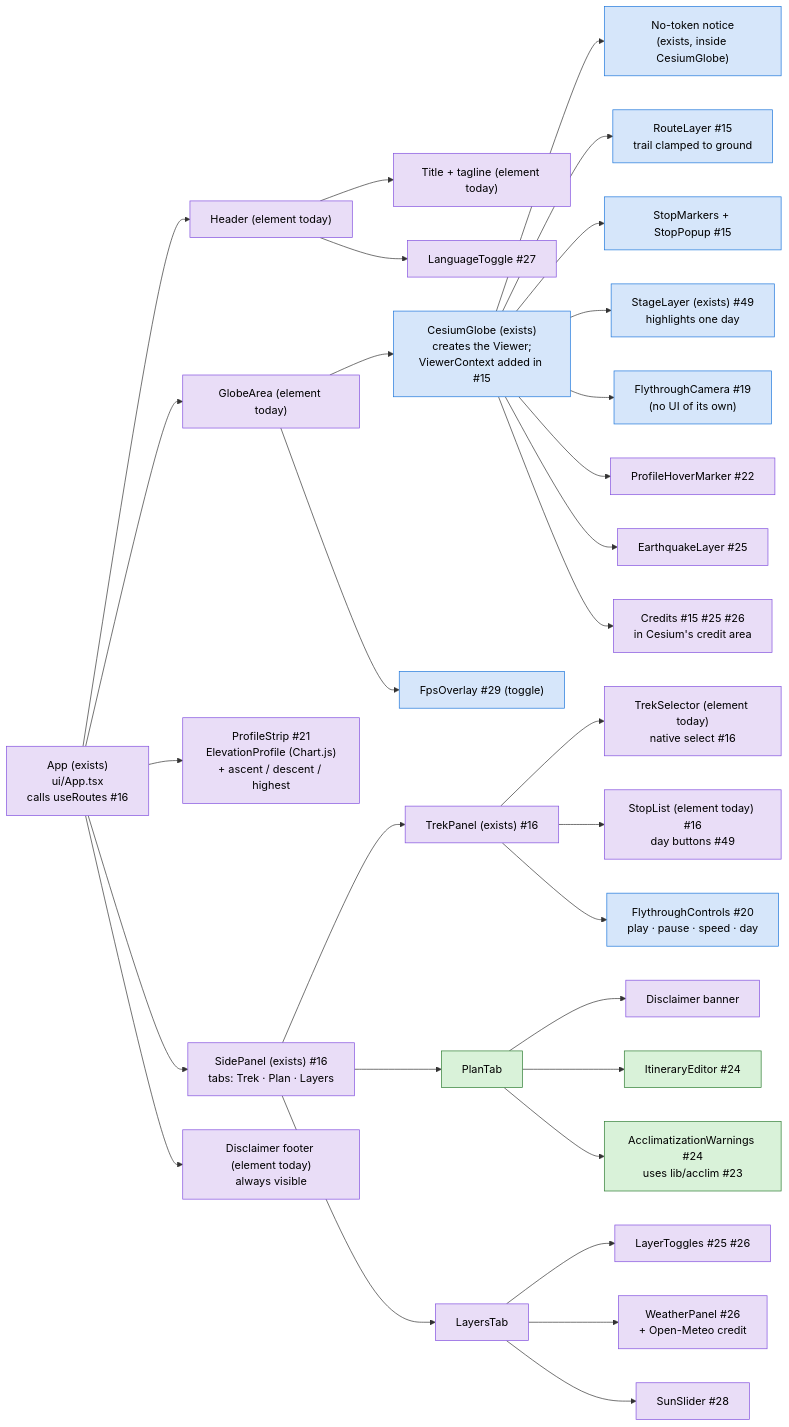
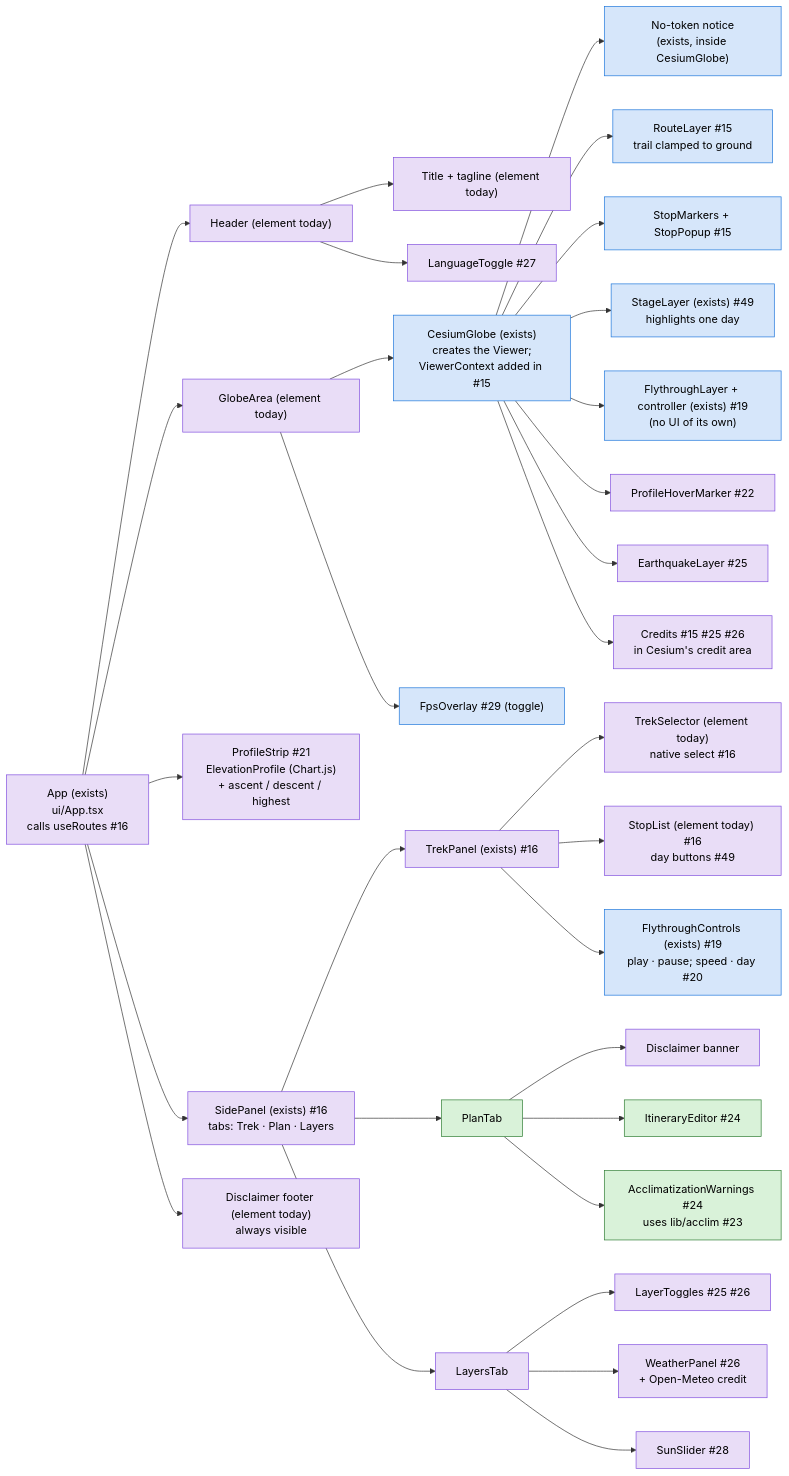
Before and after one commit to dipson6525/himalaya-3d: the first of 2 diagrams in docs/ui-design.md, drawn with Mermaid. The commit also changed other lines of this file and 6 other files, not shown here.

````diff
--- a/docs/ui-design.md
+++ b/docs/ui-design.md
@@ -51,42 +51,42 @@
 ```mermaid
 flowchart LR
   App["App (exists)<br/>ui/App.tsx<br/>calls useRoutes #16"]:::dipson
 
   App --> Header["Header (element today)"]:::dipson
   Header --> Title["Title + tagline (element today)"]:::dipson
   Header --> Lang["LanguageToggle #27"]:::dipson
 
   App --> GlobeArea["GlobeArea (element today)"]:::dipson
   GlobeArea --> Globe["CesiumGlobe (exists)<br/>creates the Viewer;<br/>ViewerContext added in #15"]:::sparsh
   Globe --> Notice["No-token notice<br/>(exists, inside CesiumGlobe)"]:::sparsh
   Globe --> RouteLayer["RouteLayer #15<br/>trail clamped to ground"]:::sparsh
   Globe --> Stops["StopMarkers + StopPopup #15"]:::sparsh
   Globe --> StageLayer["StageLayer (exists) #49<br/>highlights one day"]:::sparsh
-  Globe --> Fly["FlythroughCamera #19<br/>(no UI of its own)"]:::sparsh
+  Globe --> Fly["FlythroughLayer + controller (exists) #19<br/>(no UI of its own)"]:::sparsh
   Globe --> HoverMarker["ProfileHoverMarker #22"]:::dipson
   Globe --> Quakes["EarthquakeLayer #25"]:::dipson
   Globe --> Credits["Credits #15 #25 #26<br/>in Cesium's credit area"]:::dipson
   GlobeArea --> Fps["FpsOverlay #29 (toggle)"]:::sparsh
 
   App --> Profile["ProfileStrip #21<br/>ElevationProfile (Chart.js)<br/>+ ascent / descent / highest"]:::dipson
 
   App --> Panel["SidePanel (exists) #16<br/>tabs: Trek · Plan · Layers"]:::dipson
   Panel --> TrekTab["TrekPanel (exists) #16"]:::dipson
   TrekTab --> Selector["TrekSelector (element today)<br/>native select #16"]:::dipson
   TrekTab --> StopList["StopList (element today) #16<br/>day buttons #49"]:::dipson
-  TrekTab --> FlyControls["FlythroughControls #20<br/>play · pause · speed · day"]:::sparsh
+  TrekTab --> FlyControls["FlythroughControls (exists) #19<br/>play · pause; speed · day #20"]:::sparsh
   Panel --> PlanTab["PlanTab"]:::unique
   PlanTab --> PlanNote["Disclaimer banner"]:::dipson
   PlanTab --> Itinerary["ItineraryEditor #24"]:::unique
   PlanTab --> Warnings["AcclimatizationWarnings #24<br/>uses lib/acclim #23"]:::unique
   Panel --> LayersTab["LayersTab"]:::dipson
   LayersTab --> Toggles["LayerToggles #25 #26"]:::dipson
   LayersTab --> Weather["WeatherPanel #26<br/>+ Open-Meteo credit"]:::dipson
   LayersTab --> Sun["SunSlider #28"]:::dipson
 
   App --> Footer["Disclaimer footer (element today)<br/>always visible"]:::dipson
 
   classDef unique fill:#d9f2d9,stroke:#2e7d32,color:#000
   classDef sparsh fill:#d6e6fa,stroke:#1d76db,color:#000
   classDef dipson fill:#e9ddf7,stroke:#8250df,color:#000
 ```
````
